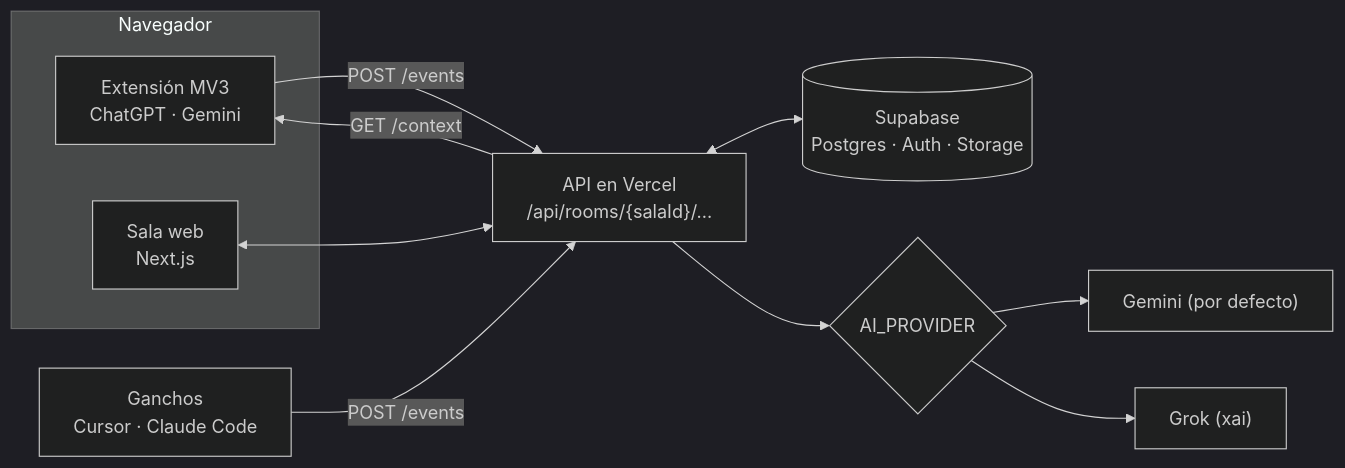
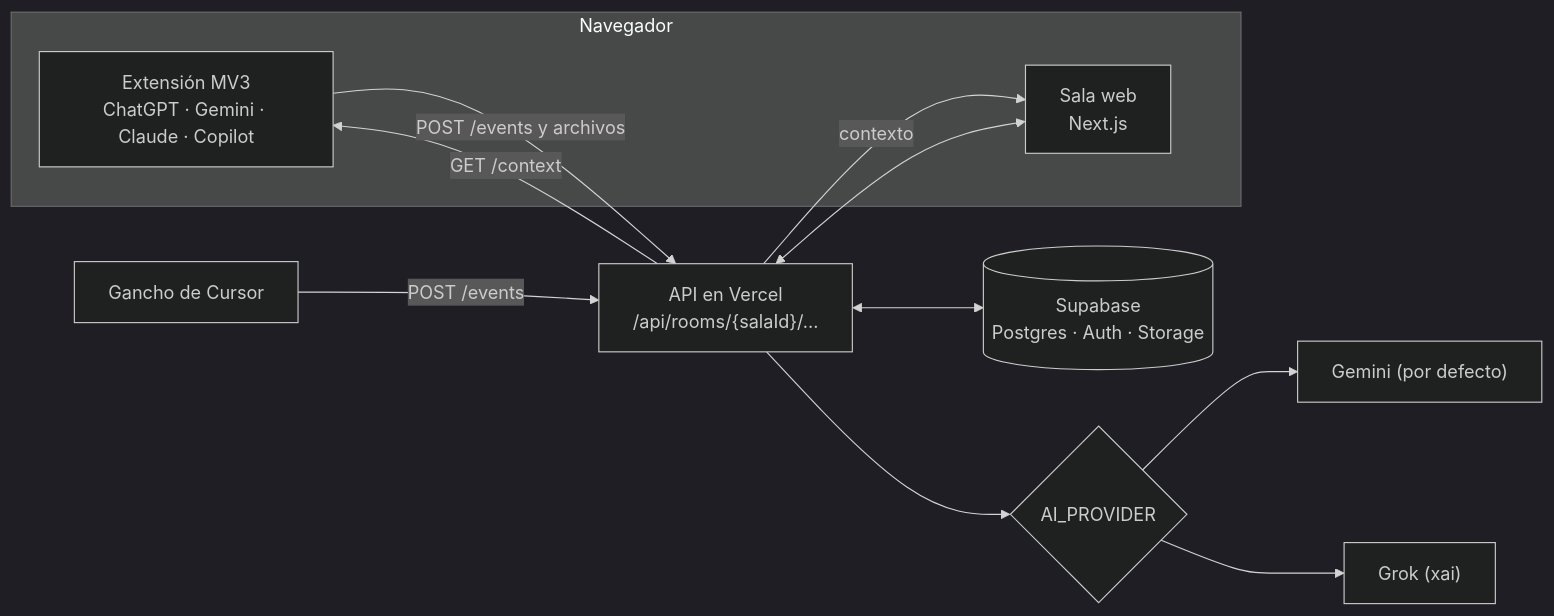
Before and after one commit to julissb51-cell/HackaTOB: the diagram in README.md, drawn with Mermaid (dark theme). The commit also changed other lines of this file and 4 other files, not shown here.

````diff
--- a/README.md
+++ b/README.md
@@ -104,22 +59,23 @@
 ```mermaid
 flowchart LR
   subgraph Navegador
-    ext["Extensión MV3<br/>ChatGPT · Gemini"]
+    ext["Extensión MV3<br/>ChatGPT · Gemini · Claude · Copilot"]
     web["Sala web<br/>Next.js"]
   end
-  hooks["Ganchos<br/>Cursor · Claude Code"]
+  cursor["Gancho de Cursor"]
   api["API en Vercel<br/>/api/rooms/{salaId}/..."]
   db[("Supabase<br/>Postgres · Auth · Storage")]
   ai{"AI_PROVIDER"}
   gemini["Gemini (por defecto)"]
   grok["Grok (xai)"]
 
-  ext -- "POST /events" --> api
-  hooks -- "POST /events" --> api
+  ext -- "POST /events y archivos" --> api
+  cursor -- "POST /events" --> api
   web <--> api
   api <--> db
   api --> ai
   ai --> gemini
   ai --> grok
   api -- "GET /context" --> ext
+  api -- "contexto" --> web
 ```
````
